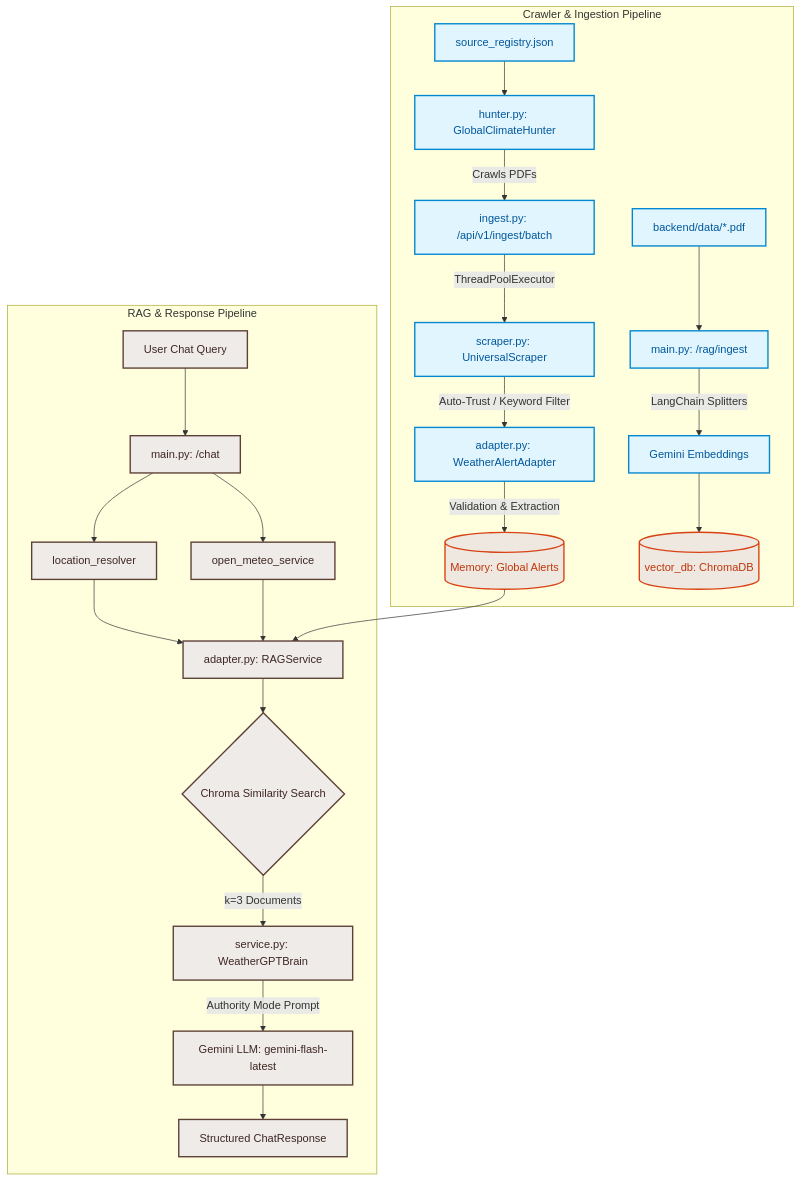
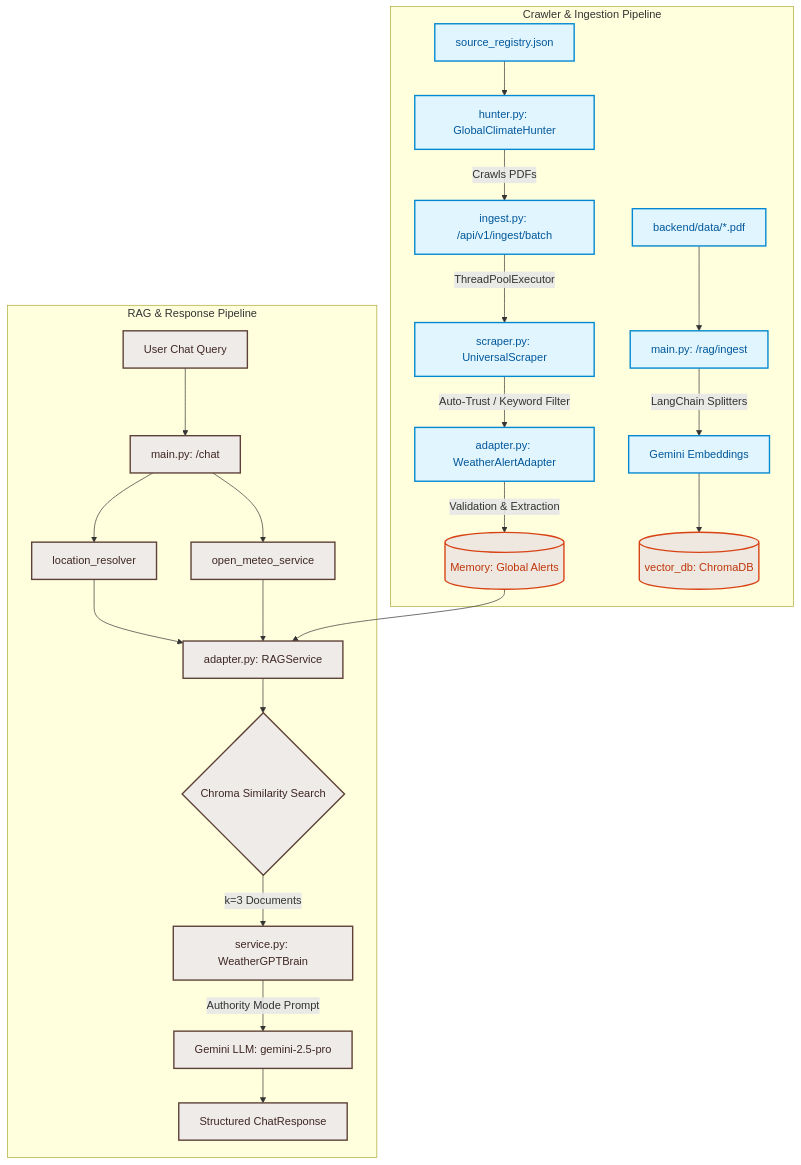
One commit to rck2025/WeatherGPT changed the diagram in README.md. Above: the diagram before and after it, drawn with Mermaid. The commit also changed other lines of this file, not shown here.

````diff
--- a/README.md
+++ b/README.md
@@ -11,35 +11,35 @@
 ```mermaid
 graph TD
     %% Styling
     classDef ingest fill:#e1f5fe,stroke:#0288d1,stroke-width:2px,color:#01579b;
     classDef query fill:#efebe9,stroke:#5d4037,stroke-width:2px,color:#3e2723;
     classDef storage fill:#efe8e0,stroke:#d84315,stroke-width:2px,color:#bf360c;
     
     subgraph Ingestion Pipeline [Crawler & Ingestion Pipeline]
         registry[source_registry.json] --> hunter[hunter.py: GlobalClimateHunter]
         hunter -- Crawls PDFs --> batch_ingest[ingest.py: /api/v1/ingest/batch]
         batch_ingest -- ThreadPoolExecutor --> scraper[scraper.py: UniversalScraper]
         scraper -- Auto-Trust / Keyword Filter --> adapter[adapter.py: WeatherAlertAdapter]
         adapter -- Validation & Extraction --> alert_store[(Memory: Global Alerts)]
         
         pdf_dir[backend/data/*.pdf] --> doc_ingest[main.py: /rag/ingest]
         doc_ingest -- LangChain Splitters --> embed[Gemini Embeddings]
         embed --> chroma[(vector_db: ChromaDB)]
     end
     
     subgraph Query Pipeline [RAG & Response Pipeline]
         user[User Chat Query] --> chat_endpoint[main.py: /chat]
         chat_endpoint --> loc[location_resolver]
         chat_endpoint --> weather[open_meteo_service]
         
         loc & weather & alert_store --> rag_service[adapter.py: RAGService]
         rag_service --> chroma_search{Chroma Similarity Search}
         chroma_search -- k=3 Documents --> brain[service.py: WeatherGPTBrain]
-        brain -- Authority Mode Prompt --> llm[Gemini LLM: gemini-flash-latest]
+        brain -- Authority Mode Prompt --> llm[Gemini LLM: gemini-2.5-pro]
         llm --> response[Structured ChatResponse]
     end
 
     class registry,hunter,batch_ingest,scraper,adapter,pdf_dir,doc_ingest,embed ingest;
     class user,chat_endpoint,loc,weather,rag_service,chroma_search,brain,llm,response query;
     class chroma,alert_store storage;
 ```
````
